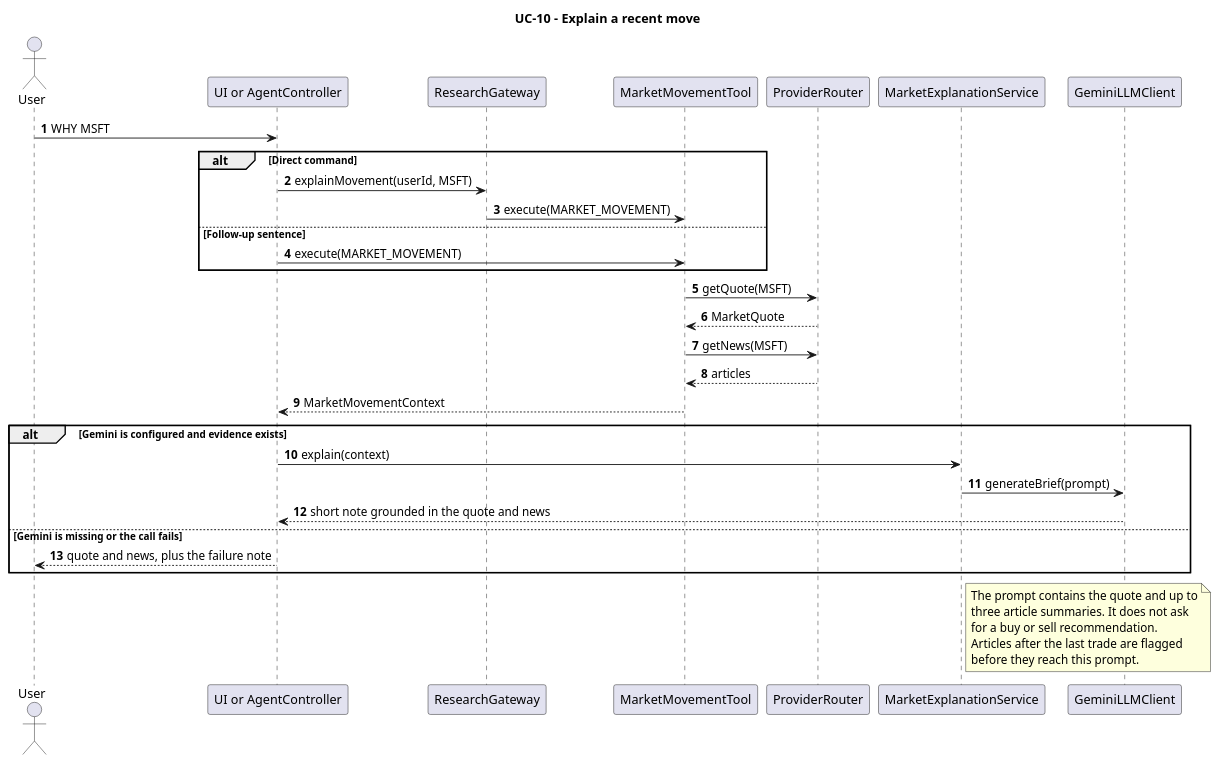
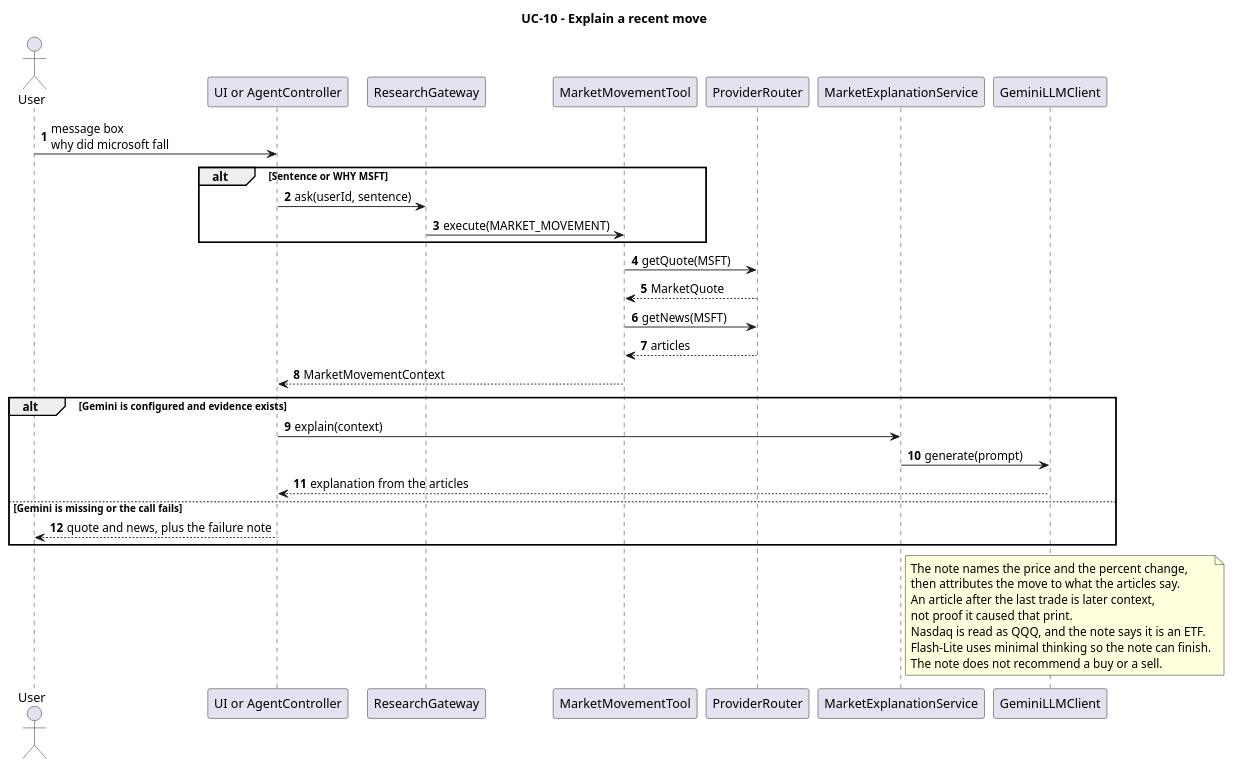
The diagram in docs/uml/sequence-market-movement.puml (xAssasinSoulx/market-intelligence-agent), drawn with PlantUML before and after one commit. The commit also changed 7 other files, not shown here.

First line of the commit message:
docs: update the Stage 2 diagrams, report, and demonstration clips

```diff
--- a/docs/uml/sequence-market-movement.puml
+++ b/docs/uml/sequence-market-movement.puml
@@ -1,44 +1,44 @@
 @startuml
 title UC-10 - Explain a recent move
 
 autonumber
 
 actor User
 participant "UI or AgentController" as Entry
 participant ResearchGateway
 participant MarketMovementTool
 participant ProviderRouter
 participant MarketExplanationService
 participant GeminiLLMClient
 
-User -> Entry : WHY MSFT
-alt Direct command
-    Entry -> ResearchGateway : explainMovement(userId, MSFT)
+User -> Entry : message box\nwhy did microsoft fall
+alt Sentence or WHY MSFT
+    Entry -> ResearchGateway : ask(userId, sentence)
     ResearchGateway -> MarketMovementTool : execute(MARKET_MOVEMENT)
-else Follow-up sentence
-    Entry -> MarketMovementTool : execute(MARKET_MOVEMENT)
 end
 
 MarketMovementTool -> ProviderRouter : getQuote(MSFT)
 ProviderRouter --> MarketMovementTool : MarketQuote
 MarketMovementTool -> ProviderRouter : getNews(MSFT)
 ProviderRouter --> MarketMovementTool : articles
 MarketMovementTool --> Entry : MarketMovementContext
 
 alt Gemini is configured and evidence exists
     Entry -> MarketExplanationService : explain(context)
-    MarketExplanationService -> GeminiLLMClient : generateBrief(prompt)
-    GeminiLLMClient --> Entry : short note grounded in the quote and news
+    MarketExplanationService -> GeminiLLMClient : generate(prompt)
+    GeminiLLMClient --> Entry : explanation from the articles
 else Gemini is missing or the call fails
     Entry --> User : quote and news, plus the failure note
 end
 
 note right of MarketExplanationService
-  The prompt contains the quote and up to
-  three article summaries. It does not ask
-  for a buy or sell recommendation.
-  Articles after the last trade are flagged
-  before they reach this prompt.
+  The note names the price and the percent change,
+  then attributes the move to what the articles say.
+  An article after the last trade is later context,
+  not proof it caused that print.
+  Nasdaq is read as QQQ, and the note says it is an ETF.
+  Flash-Lite uses minimal thinking so the note can finish.
+  The note does not recommend a buy or a sell.
 end note
 
 @enduml
```
